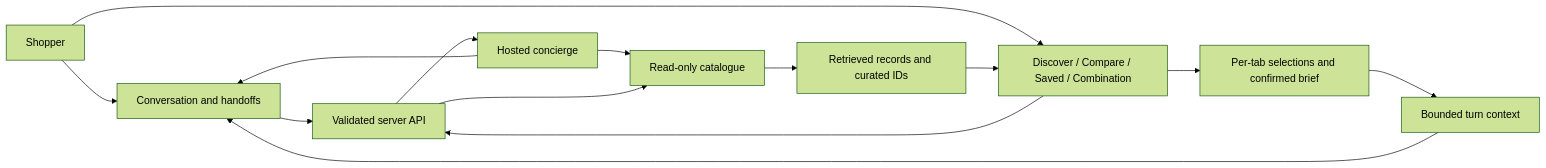
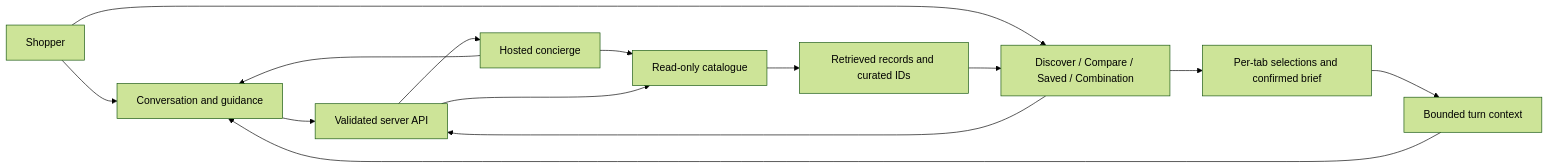
One commit to ArijitChowdhury-Algolia/jewellerytv changed the diagram in storefront/docs/architecture.mmd. Above: the diagram before and after it, drawn with Mermaid (forest theme). The commit also changed 12 other files, not shown here.

```diff
--- a/storefront/docs/architecture.mmd
+++ b/storefront/docs/architecture.mmd
@@ -1,14 +1,14 @@
 flowchart LR
-  User[Shopper] --> Chat[Conversation and handoffs]
+  User[Shopper] --> Chat[Conversation and guidance]
   User --> Workspace[Discover / Compare / Saved / Combination]
   Workspace --> Session[Per-tab selections and confirmed brief]
   Session --> Context[Bounded turn context]
   Context --> Chat
   Chat --> API[Validated server API]
   API --> Agent[Hosted concierge]
   Agent --> Catalogue[Read-only catalogue]
   Catalogue --> Curated[Retrieved records and curated IDs]
   Curated --> Workspace
   Agent --> Chat
   Workspace --> API
   API --> Catalogue
```
